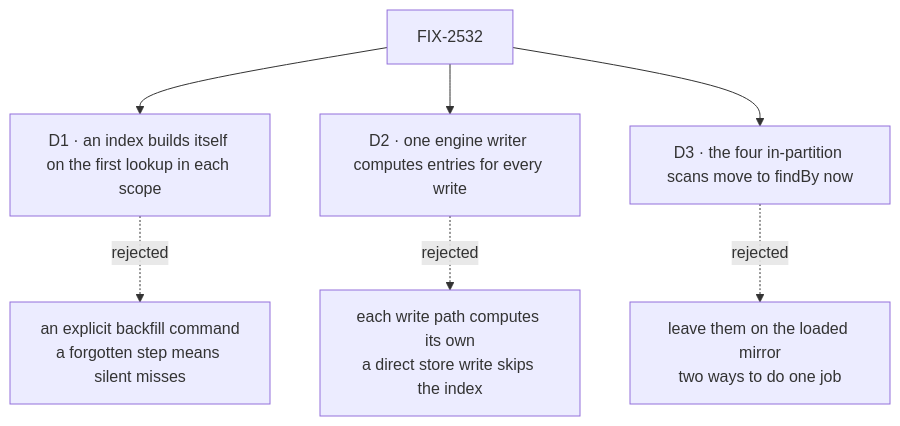
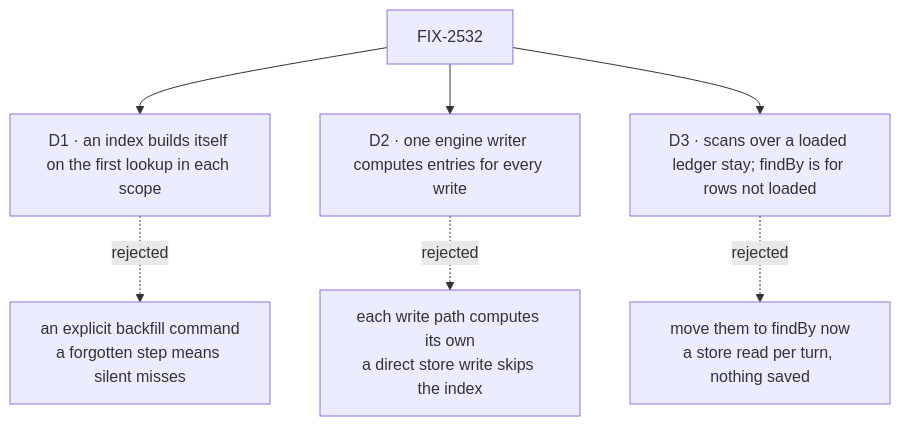
One commit to fixpoint-labs/flow-state-dev changed the diagram in specs/issues/FIX-2532/DECISIONS.md. Above: the diagram before and after it, drawn with Mermaid. The commit also changed other lines of this file and 3 other files, not shown here.

First line of the commit message:
spec(FIX-2532): round 1 - scans over a loaded ledger stay, full-pattern identity

````diff
--- a/specs/issues/FIX-2532/DECISIONS.md
+++ b/specs/issues/FIX-2532/DECISIONS.md
@@ -10,9 +10,9 @@
 ```mermaid
 flowchart TD
   I["FIX-2532"] --> D1["D1 · an index builds itself on the first lookup in each scope"]
   D1 -.->|"rejected"| X1["an explicit backfill command<br/>a forgotten step means silent misses"]
   I --> D2["D2 · one engine writer computes entries for every write"]
   D2 -.->|"rejected"| X2["each write path computes its own<br/>a direct store write skips the index"]
-  I --> D3["D3 · the four in-partition scans move to findBy now"]
-  D3 -.->|"rejected"| X3["leave them on the loaded mirror<br/>two ways to do one job"]
+  I --> D3["D3 · scans over a loaded ledger stay; findBy is for rows not loaded"]
+  D3 -.->|"rejected"| X3["move them to findBy now<br/>a store read per turn, nothing saved"]
 ```
````
